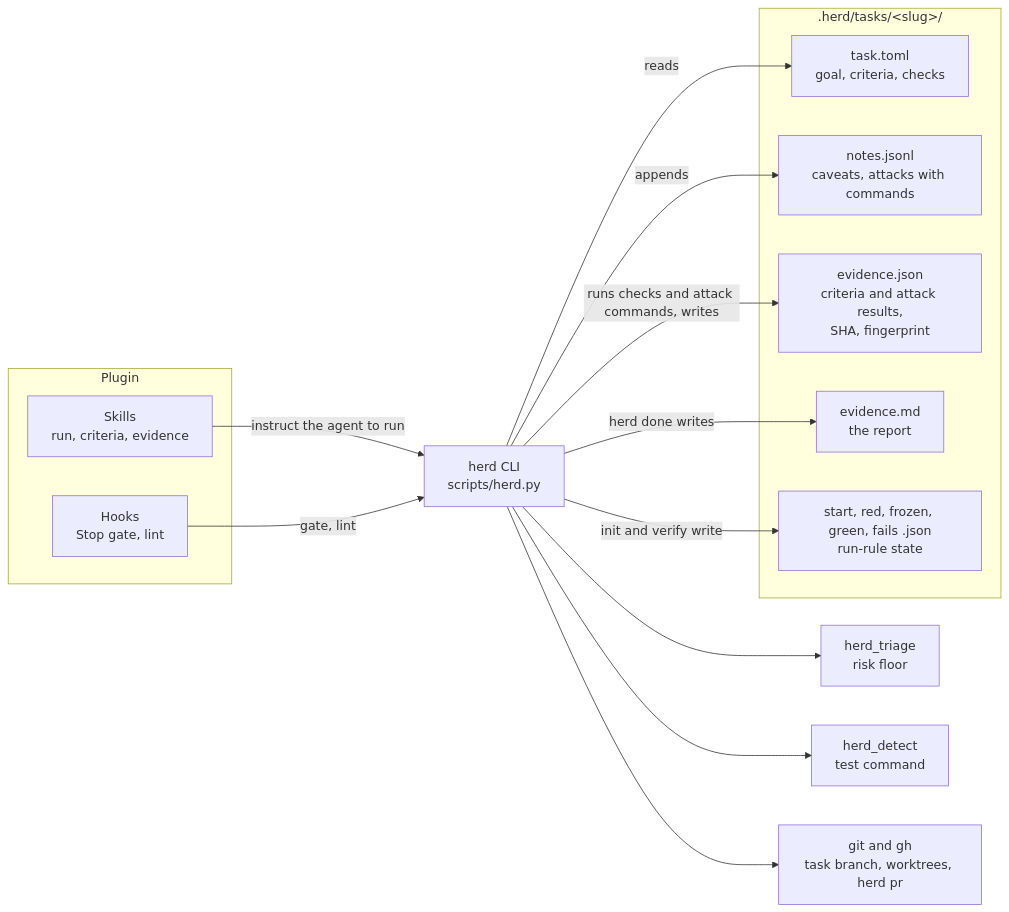
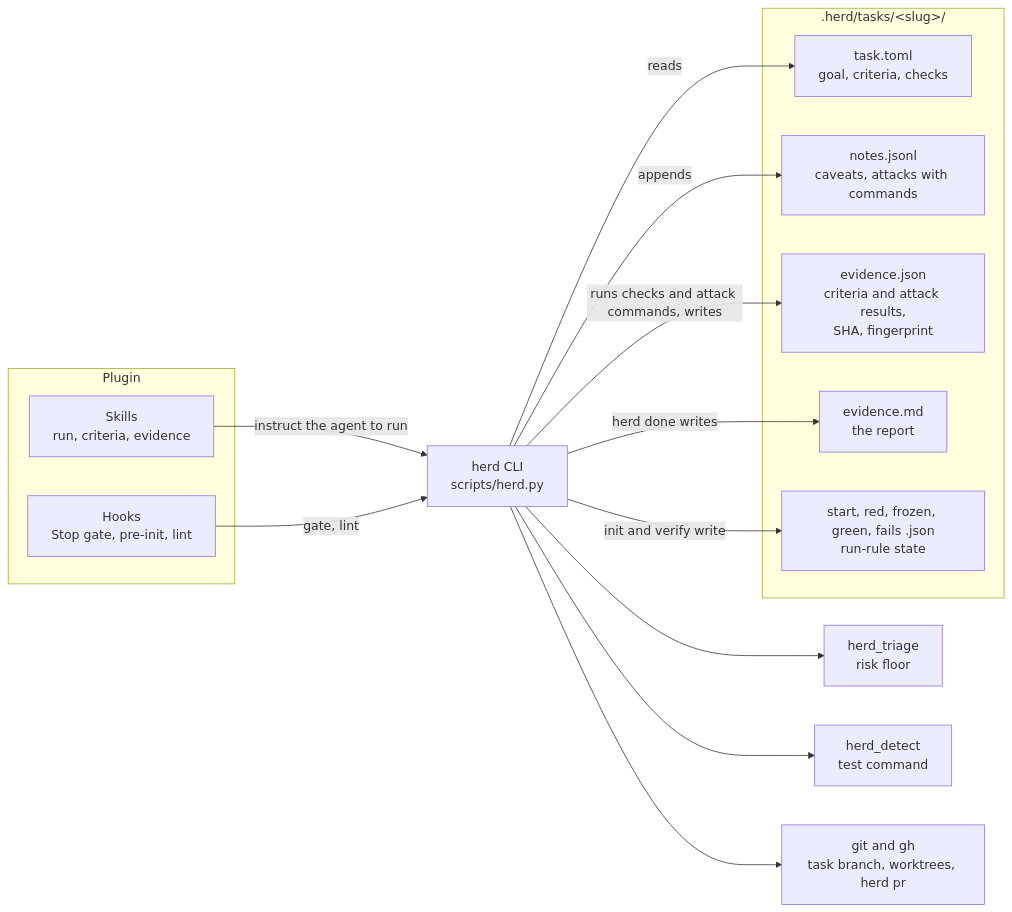
The second of 2 diagrams in README.md (Beovulfo/herd-sdlc), drawn with Mermaid before and after one commit. The commit also changed other lines of this file and 4 other files, not shown here.

Commit message:
PreToolUse hook: files the session edited before herd init count as the agent's for red first

````diff
--- a/README.md
+++ b/README.md
@@ -139,28 +139,28 @@
 ```mermaid
 flowchart LR
     subgraph Plugin
         S["Skills<br/>run, criteria, evidence"]
-        H["Hooks<br/>Stop gate, lint"]
+        H["Hooks<br/>Stop gate, pre-init, lint"]
     end
     CLI["herd CLI<br/>scripts/herd.py"]
     T["herd_triage<br/>risk floor"]
     D["herd_detect<br/>test command"]
     G["git and gh<br/>task branch, worktrees, herd pr"]
     subgraph State[".herd/tasks/&lt;slug&gt;/"]
         TT["task.toml<br/>goal, criteria, checks"]
         NO["notes.jsonl<br/>caveats, attacks with commands"]
         EV["evidence.json<br/>criteria and attack results,<br/>SHA, fingerprint"]
         RP["evidence.md<br/>the report"]
         RR["start, red, frozen, green, fails .json<br/>run-rule state"]
     end
     S -->|instruct the agent to run| CLI
     H -->|gate, lint| CLI
     CLI --> T
     CLI --> D
     CLI --> G
     CLI -->|reads| TT
     CLI -->|appends| NO
     CLI -->|runs checks and attack commands, writes| EV
     CLI -->|herd done writes| RP
     CLI -->|init and verify write| RR
 ```
````
